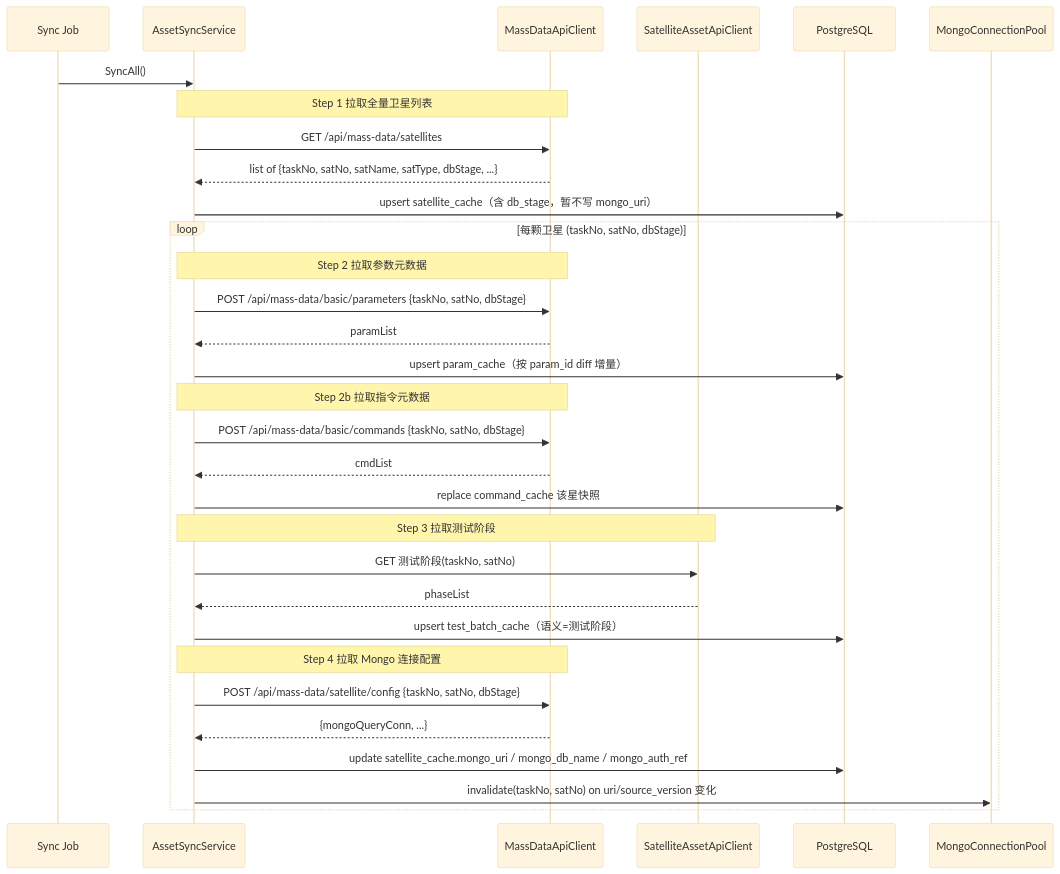
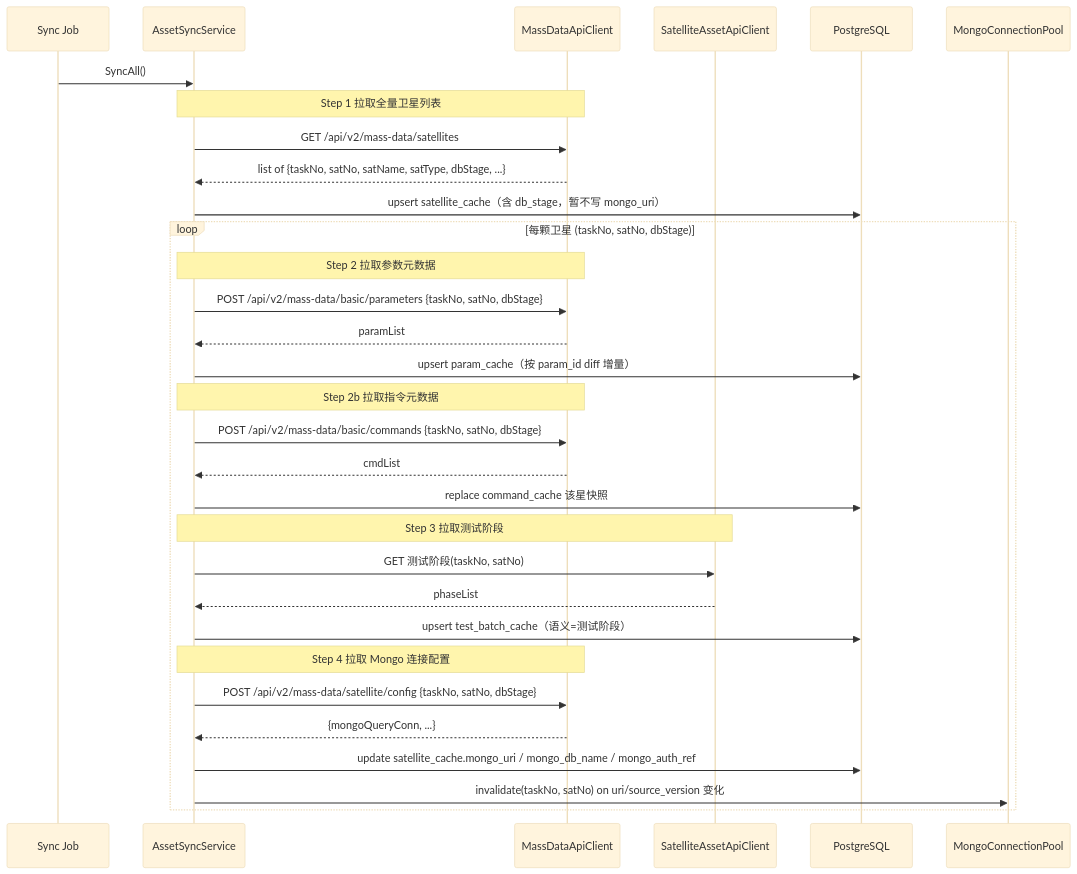
One commit to supertsingbo-art/SatelliteDataAnalytics changed the third of 17 diagrams in design/详细设计文档_卫星测试数据预处理与数据分析平台_V2.0.md. Above: the diagram before and after it, drawn with Mermaid (base theme). The commit also changed other lines of this file and 18 other files, not shown here.

````diff
--- a/design/详细设计文档_卫星测试数据预处理与数据分析平台_V2.0.md
+++ b/design/详细设计文档_卫星测试数据预处理与数据分析平台_V2.0.md
@@ -1071,39 +1071,39 @@
 ```mermaid
 sequenceDiagram
     participant Job as Sync Job
     participant Sync as AssetSyncService
     participant Mass as MassDataApiClient
     participant Sat as SatelliteAssetApiClient
     participant PG as PostgreSQL
     participant Pool as MongoConnectionPool
 
     Job->>Sync: SyncAll()
 
     Note over Sync,Mass: Step 1 拉取全量卫星列表
-    Sync->>Mass: GET /api/mass-data/satellites
+    Sync->>Mass: GET /api/v2/mass-data/satellites
     Mass-->>Sync: list of {taskNo, satNo, satName, satType, dbStage, ...}
     Sync->>PG: upsert satellite_cache（含 db_stage，暂不写 mongo_uri）
 
     loop 每颗卫星 (taskNo, satNo, dbStage)
         Note over Sync,Mass: Step 2 拉取参数元数据
-        Sync->>Mass: POST /api/mass-data/basic/parameters {taskNo, satNo, dbStage}
+        Sync->>Mass: POST /api/v2/mass-data/basic/parameters {taskNo, satNo, dbStage}
         Mass-->>Sync: paramList
         Sync->>PG: upsert param_cache（按 param_id diff 增量）
 
         Note over Sync,Mass: Step 2b 拉取指令元数据
-        Sync->>Mass: POST /api/mass-data/basic/commands {taskNo, satNo, dbStage}
+        Sync->>Mass: POST /api/v2/mass-data/basic/commands {taskNo, satNo, dbStage}
         Mass-->>Sync: cmdList
         Sync->>PG: replace command_cache 该星快照
 
         Note over Sync,Sat: Step 3 拉取测试阶段
         Sync->>Sat: GET 测试阶段(taskNo, satNo)
         Sat-->>Sync: phaseList
         Sync->>PG: upsert test_batch_cache（语义=测试阶段）
 
         Note over Sync,Mass: Step 4 拉取 Mongo 连接配置
-        Sync->>Mass: POST /api/mass-data/satellite/config {taskNo, satNo, dbStage}
+        Sync->>Mass: POST /api/v2/mass-data/satellite/config {taskNo, satNo, dbStage}
         Mass-->>Sync: {mongoQueryConn, ...}
         Sync->>PG: update satellite_cache.mongo_uri / mongo_db_name / mongo_auth_ref
         Sync->>Pool: invalidate(taskNo, satNo) on uri/source_version 变化
     end
 ```
````
